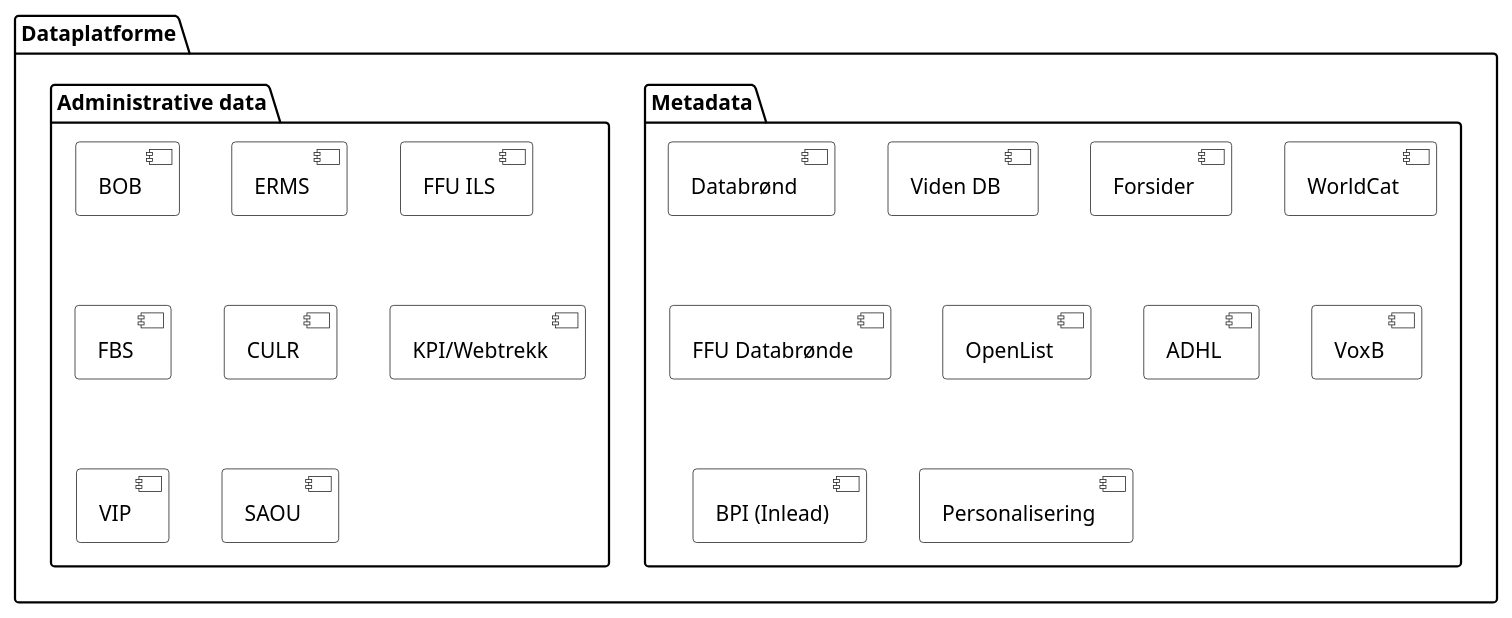
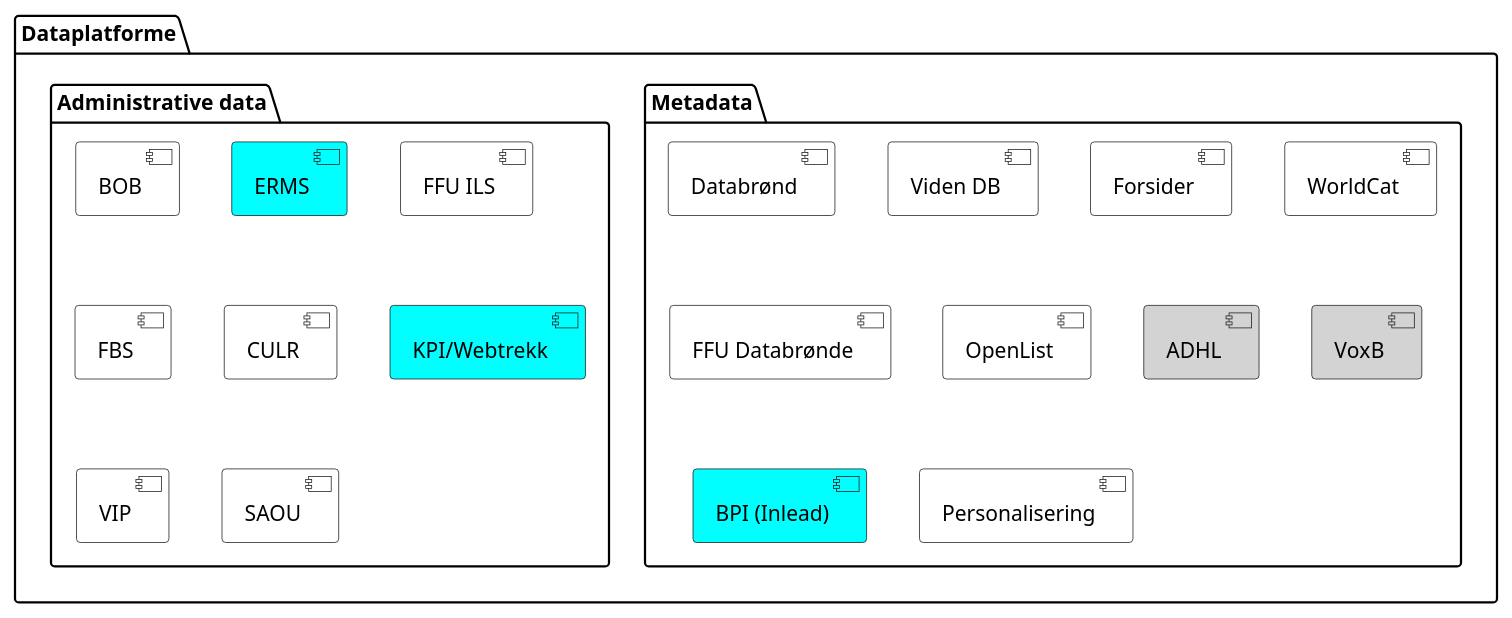
The diagram in docs/components/dataplatforms.puml (danskernesdigitalebibliotek/plantuml), drawn with PlantUML before and after one commit.

Commit message:
Det Digitale Folkebibliotek = Cyan

```diff
--- a/docs/components/dataplatforms.puml
+++ b/docs/components/dataplatforms.puml
@@ -1,36 +1,36 @@
 @startuml
 'header SayHello
 'footer Page %page% of %lastpage%
 
 skinparam component {
     backgroundColor [Biblio] LightGray
 }
 
 package "Dataplatforme" {
 
     package "Metadata" {
         [Databrønd]
         [Viden DB]
         [Forsider]
         [WorldCat]
         [FFU Databrønde]
         [OpenList]
-        [ADHL]
-        [VoxB]
-        [BPI (Inlead)]
+        [ADHL] #LightGray
+        [VoxB] #LightGray
+        [BPI (Inlead)] #Cyan
         [Personalisering]
     }
     
     package "Administrative data" {
         [BOB]
-        [ERMS]
+        [ERMS] #Cyan
         [FFU ILS]
         [FBS]
         [CULR]
-        [KPI/Webtrekk]
+        [KPI/Webtrekk] #Cyan
         [VIP]
         [SAOU]
     }
 }
 
 @enduml
```
